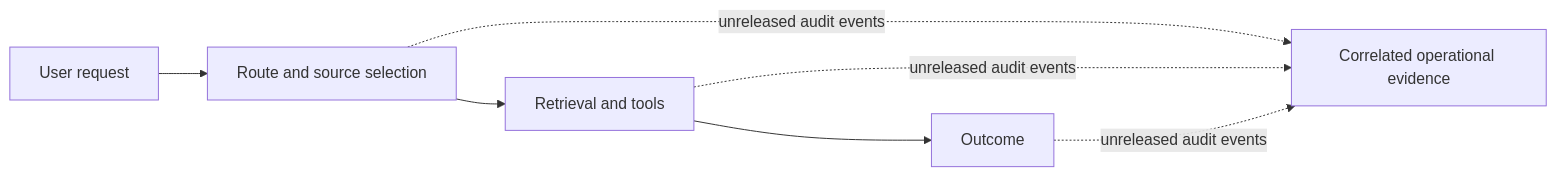
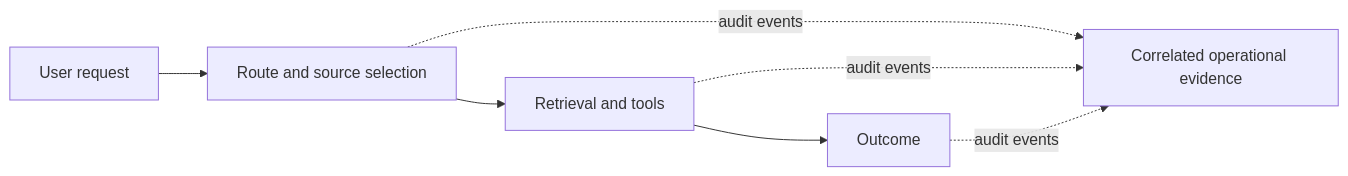
The diagram in docs/governance_overview.md (Azure/GPT-RAG), drawn with Mermaid before and after one commit. The commit also changed other lines of this file and 2 other files, not shown here.

````diff
--- a/docs/governance_overview.md
+++ b/docs/governance_overview.md
@@ -34,9 +32,9 @@
 ```mermaid
 flowchart LR
   Request[User request] --> Route[Route and source selection]
   Route --> Tools[Retrieval and tools]
   Tools --> Outcome[Outcome]
-  Route -. unreleased audit events .-> Evidence[Correlated operational evidence]
-  Tools -. unreleased audit events .-> Evidence
-  Outcome -. unreleased audit events .-> Evidence
+  Route -. audit events .-> Evidence[Correlated operational evidence]
+  Tools -. audit events .-> Evidence
+  Outcome -. audit events .-> Evidence
 ```
````
